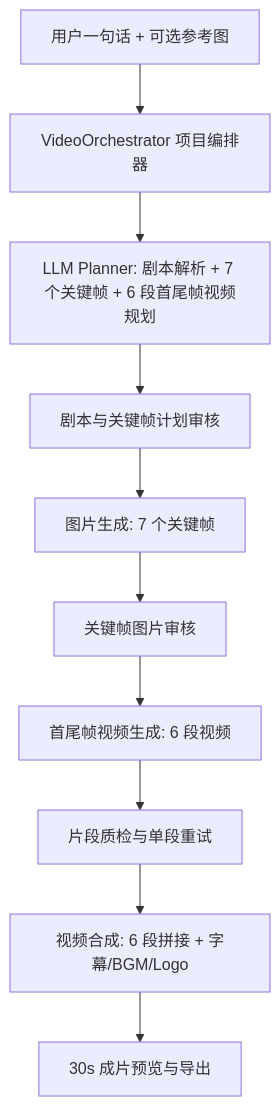
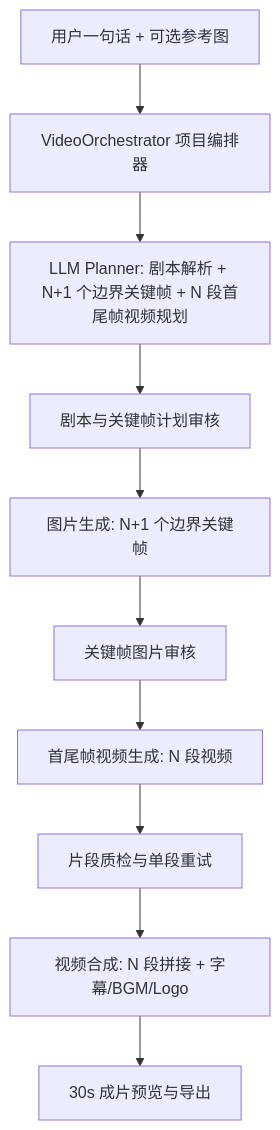
Before and after one commit to Samuel521199/RenYiMen: the diagram in docs/one-prompt-30s-video-workflow.md, drawn with Mermaid. The commit also changed other lines of this file and 15 other files, not shown here.

````diff
--- a/docs/one-prompt-30s-video-workflow.md
+++ b/docs/one-prompt-30s-video-workflow.md
@@ -67,12 +67,12 @@
 ```mermaid
 flowchart TD
   A["用户一句话 + 可选参考图"] --> B["VideoOrchestrator 项目编排器"]
-  B --> C["LLM Planner: 剧本解析 + 7 个关键帧 + 6 段首尾帧视频规划"]
+  B --> C["LLM Planner: 剧本解析 + N+1 个边界关键帧 + N 段首尾帧视频规划"]
   C --> D["剧本与关键帧计划审核"]
-  D --> E["图片生成: 7 个关键帧"]
+  D --> E["图片生成: N+1 个边界关键帧"]
   E --> F["关键帧图片审核"]
-  F --> G["首尾帧视频生成: 6 段视频"]
+  F --> G["首尾帧视频生成: N 段视频"]
   G --> H["片段质检与单段重试"]
-  H --> I["视频合成: 6 段拼接 + 字幕/BGM/Logo"]
+  H --> I["视频合成: N 段拼接 + 字幕/BGM/Logo"]
   I --> J["30s 成片预览与导出"]
 ```
````
